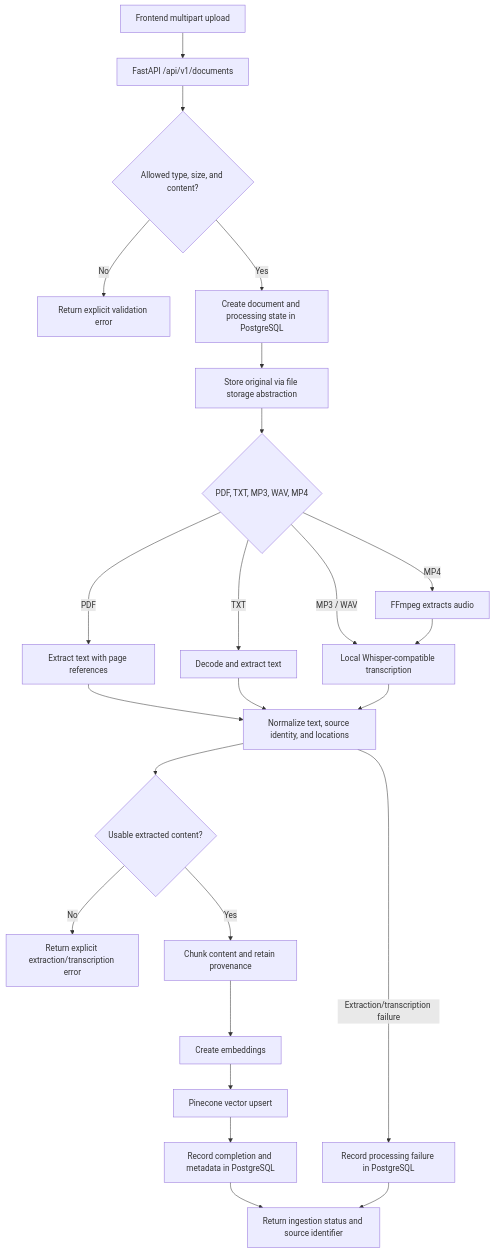
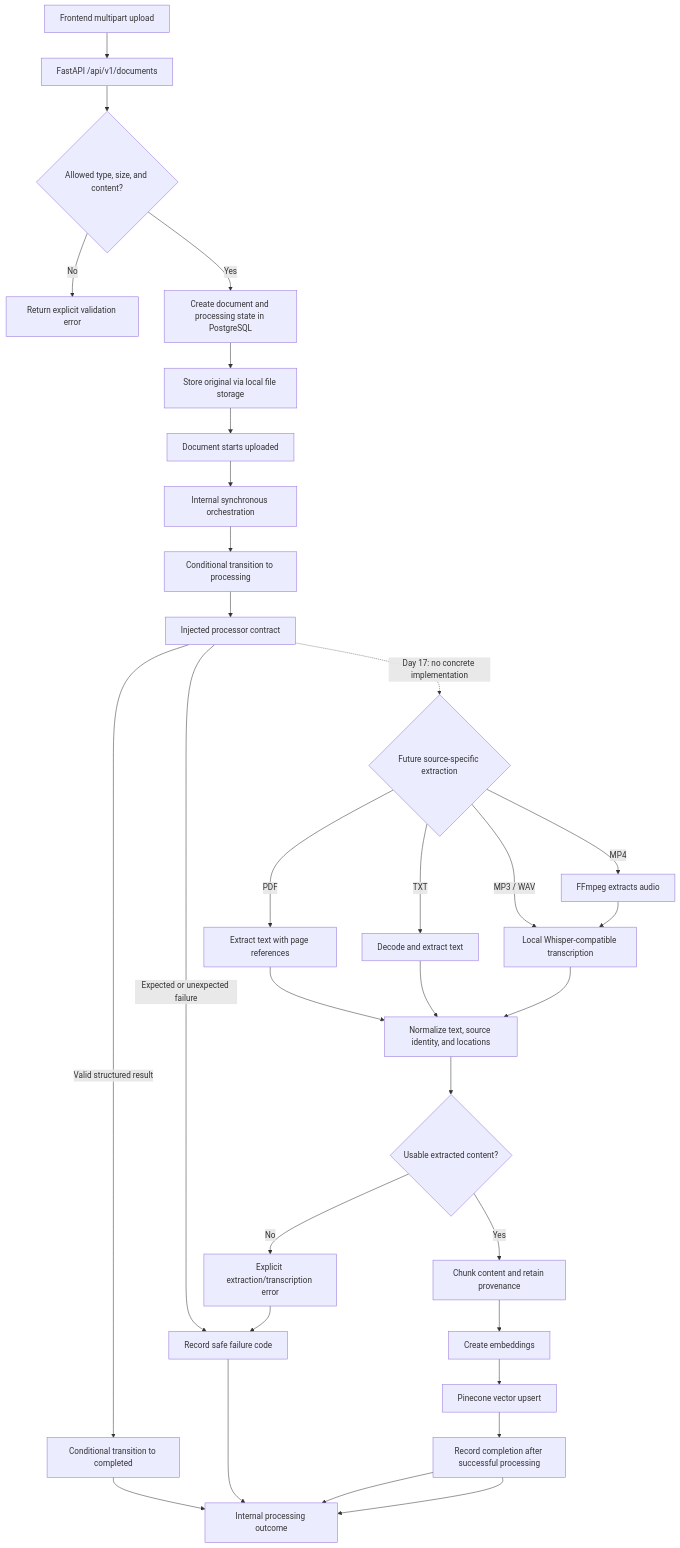
The first of 2 diagrams in docs/DATA_FLOW.md (Vicky7632/cognify-ai), drawn with Mermaid before and after one commit. The commit also changed other lines of this file and 7 other files, not shown here.

Commit message:
feat: add document processing orchestration

````diff
--- a/docs/DATA_FLOW.md
+++ b/docs/DATA_FLOW.md
@@ -7,26 +7,34 @@
 ```mermaid
 flowchart TD
     Upload[Frontend multipart upload] --> API[FastAPI /api/v1/documents]
     API --> Validate{Allowed type, size, and content?}
     Validate -->|No| Reject[Return explicit validation error]
     Validate -->|Yes| Create[Create document and processing state in PostgreSQL]
-    Create --> File[Store original via file storage abstraction]
-    File --> Route{PDF, TXT, MP3, WAV, MP4}
+    Create --> File[Store original via local file storage]
+    File --> State[Document starts uploaded]
+    State --> Orchestrator[Internal synchronous orchestration]
+    Orchestrator --> Claim[Conditional transition to processing]
+    Claim --> Processor[Injected processor contract]
+    Processor -->|Valid structured result| InternalComplete[Conditional transition to completed]
+    Processor -->|Expected or unexpected failure| InternalFailed[Record safe failure code]
+    Processor -. Day 17: no concrete implementation .-> Route{Future source-specific extraction}
     Route -->|PDF| PDF[Extract text with page references]
     Route -->|TXT| TXT[Decode and extract text]
     Route -->|MP3 / WAV| Audio[Local Whisper-compatible transcription]
     Route -->|MP4| ExtractAudio[FFmpeg extracts audio]
     ExtractAudio --> Audio
     PDF --> Normalize[Normalize text, source identity, and locations]
     TXT --> Normalize
     Audio --> Normalize
     Normalize --> Nonempty{Usable extracted content?}
-    Nonempty -->|No| Fail[Return explicit extraction/transcription error]
+    Nonempty -->|No| ExtractionFailure[Explicit extraction/transcription error]
     Nonempty -->|Yes| Chunk[Chunk content and retain provenance]
     Chunk --> Embed[Create embeddings]
     Embed --> Persist[Pinecone vector upsert]
-    Persist --> Complete[Record completion and metadata in PostgreSQL]
-    Complete --> Result[Return ingestion status and source identifier]
-    Normalize -->|Extraction/transcription failure| Failed[Record processing failure in PostgreSQL]
-    Failed --> Result
+    Persist --> CompletedWithIndex[Record completion after successful processing]
+    CompletedWithIndex --> Result[Return ingestion status and source identifier]
+    ExtractionFailure --> InternalFailed
+    InternalComplete --> Result[Internal processing outcome]
+    InternalFailed --> Result
+    CompletedWithIndex --> Result
 ```
````
